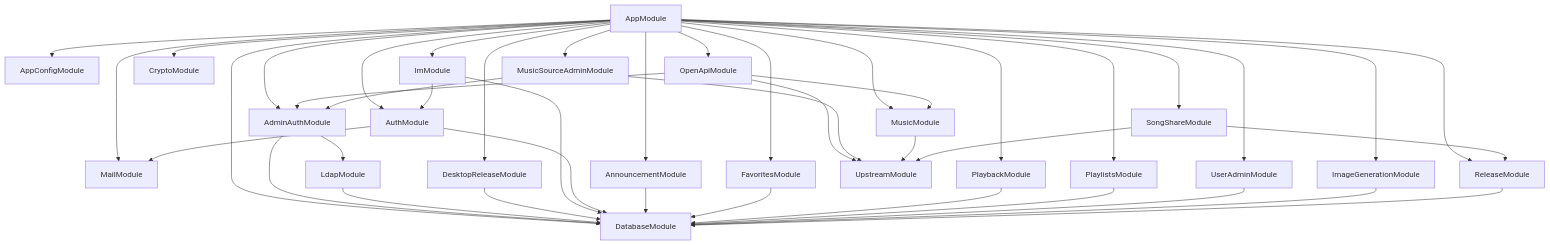
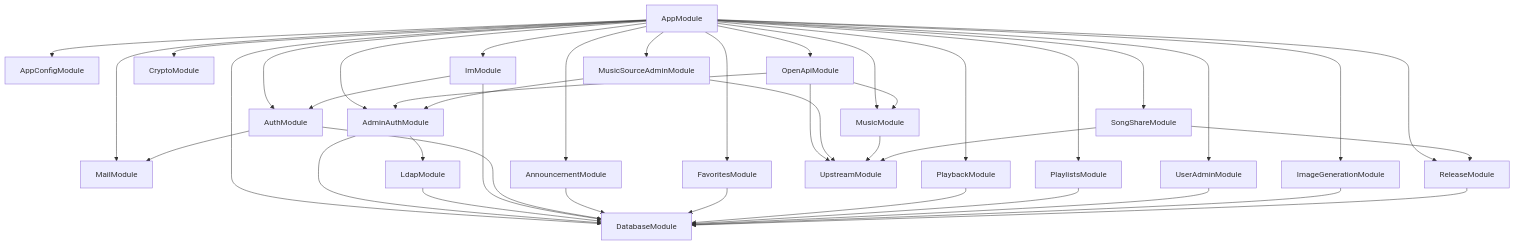
The diagram in server/wiki/11-architecture-modules.md (taotaomusic/core), drawn with Mermaid before and after one commit. The commit also changed other lines of this file and 82 other files, not shown here.

````diff
--- a/server/wiki/11-architecture-modules.md
+++ b/server/wiki/11-architecture-modules.md
@@ -11,45 +11,43 @@
 ```mermaid
 flowchart TD
     App["AppModule"] --> Config["AppConfigModule"]
     App --> Database["DatabaseModule"]
     App --> Auth["AuthModule"]
     App --> Mail["MailModule"]
     App --> Announcements["AnnouncementModule"]
     App --> Favorites["FavoritesModule"]
     App --> Playback["PlaybackModule"]
     App --> Playlists["PlaylistsModule"]
     App --> Music["MusicModule"]
     App --> Shares["SongShareModule"]
     App --> Image["ImageGenerationModule"]
     App --> Release["ReleaseModule"]
-    App --> Desktop["DesktopReleaseModule"]
     App --> Im["ImModule"]
     App --> UserAdmin["UserAdminModule"]
     App --> AdminAuth["AdminAuthModule"]
     App --> Crypto["CryptoModule"]
     App --> OpenApi["OpenApiModule"]
     App --> MusicSourceAdmin["MusicSourceAdminModule"]
     OpenApi --> Music
     OpenApi --> Upstream
     OpenApi --> AdminAuth
     MusicSourceAdmin --> Upstream
     MusicSourceAdmin --> AdminAuth
     AdminAuth --> Ldap["LdapModule"]
     AdminAuth --> Database
     Ldap --> Database
     Music --> Upstream["UpstreamModule"]
     Shares --> Upstream
     Shares --> Release
-    Desktop --> Database
     Im --> Database
     Im --> Auth
     Auth --> Database
     Auth --> Mail
     Announcements --> Database
     Favorites --> Database
     Playback --> Database
     Playlists --> Database
     UserAdmin --> Database
     Image --> Database
     Release --> Database
 ```
````
